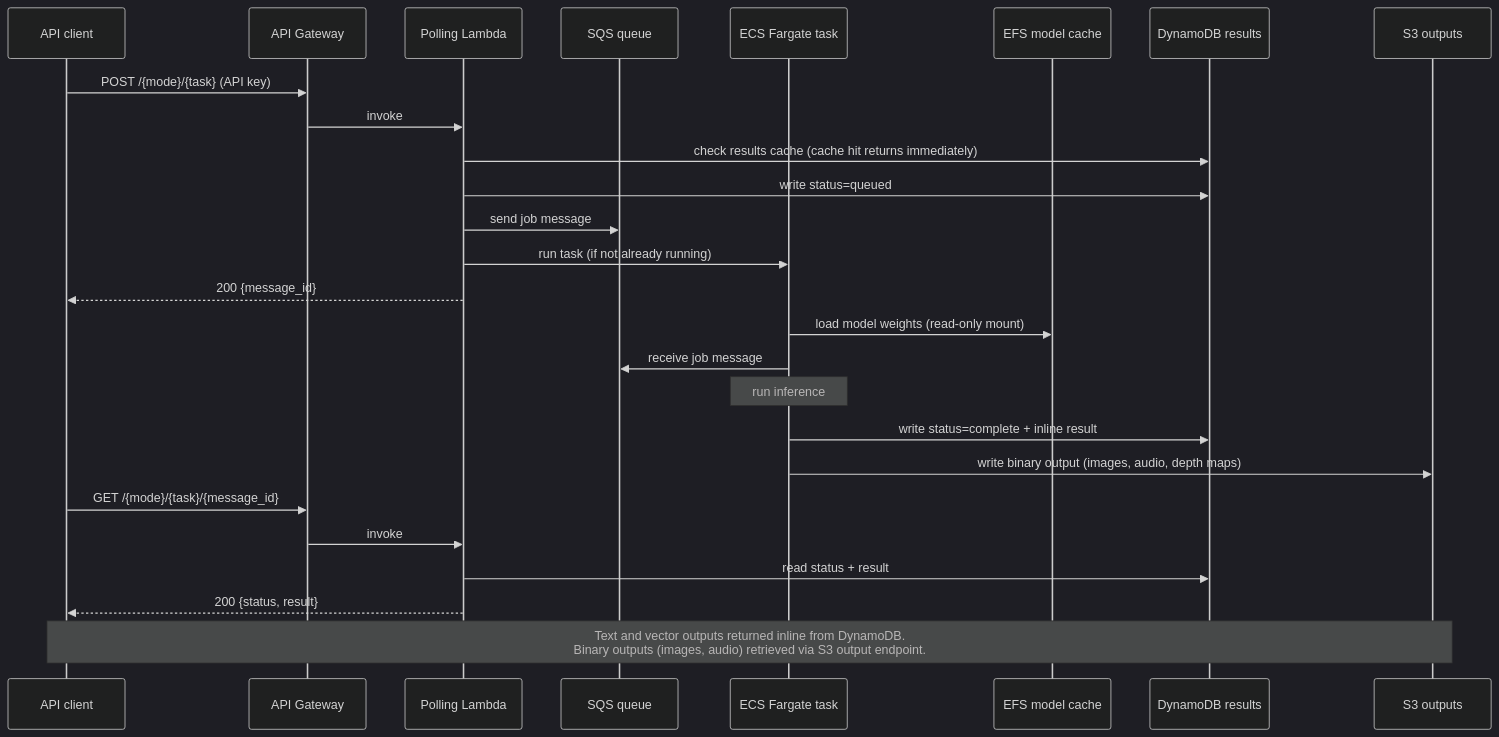
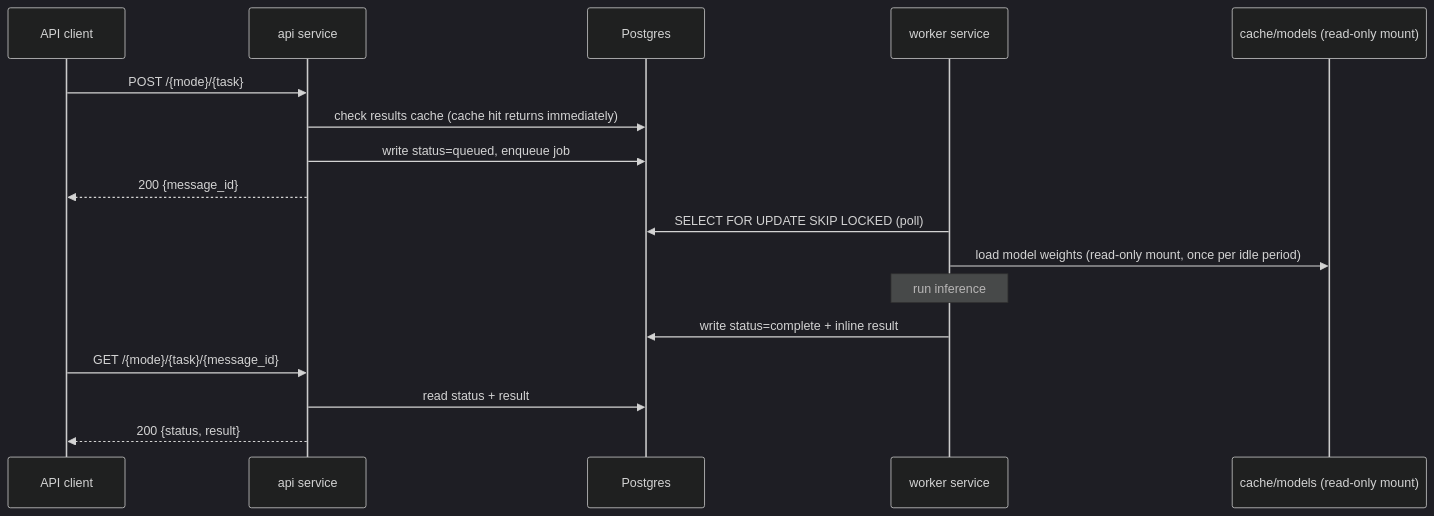
The second of 2 diagrams in README.md (bayinfosys/marigold), drawn with Mermaid (dark theme) before and after one commit. The commit also changed other lines of this file and 57 other files, not shown here.

````diff
--- a/README.md
+++ b/README.md
@@ -116,32 +55,22 @@
 ```mermaid
 sequenceDiagram
     participant C as API client
-    participant G as API Gateway
-    participant L as Polling Lambda
-    participant Q as SQS queue
-    participant T as ECS Fargate task
-    participant E as EFS model cache
-    participant D as DynamoDB results
-    participant S as S3 outputs
+    participant A as api service
+    participant P as Postgres
+    participant W as worker service
+    participant M as cache/models (read-only mount)
 
-    C->>G: POST /{mode}/{task}  (API key)
-    G->>L: invoke
-    L->>D: check results cache (cache hit returns immediately)
-    L->>D: write status=queued
-    L->>Q: send job message
-    L->>T: run task (if not already running)
-    L-->>C: 200 {message_id}
+    C->>A: POST /{mode}/{task}
+    A->>P: check results cache (cache hit returns immediately)
+    A->>P: write status=queued, enqueue job
+    A-->>C: 200 {message_id}
 
-    T->>E: load model weights (read-only mount)
-    T->>Q: receive job message
-    Note over T: run inference
-    T->>D: write status=complete + inline result
-    T->>S: write binary output (images, audio, depth maps)
+    W->>P: SELECT FOR UPDATE SKIP LOCKED (poll)
+    W->>M: load model weights (read-only mount, once per idle period)
+    Note over W: run inference
+    W->>P: write status=complete + inline result
 
-    C->>G: GET /{mode}/{task}/{message_id}
-    G->>L: invoke
-    L->>D: read status + result
-    L-->>C: 200 {status, result}
-
-    Note over C,S: Text and vector outputs returned inline from DynamoDB.<br/>Binary outputs (images, audio) retrieved via S3 output endpoint.
+    C->>A: GET /{mode}/{task}/{message_id}
+    A->>P: read status + result
+    A-->>C: 200 {status, result}
 ```
````
